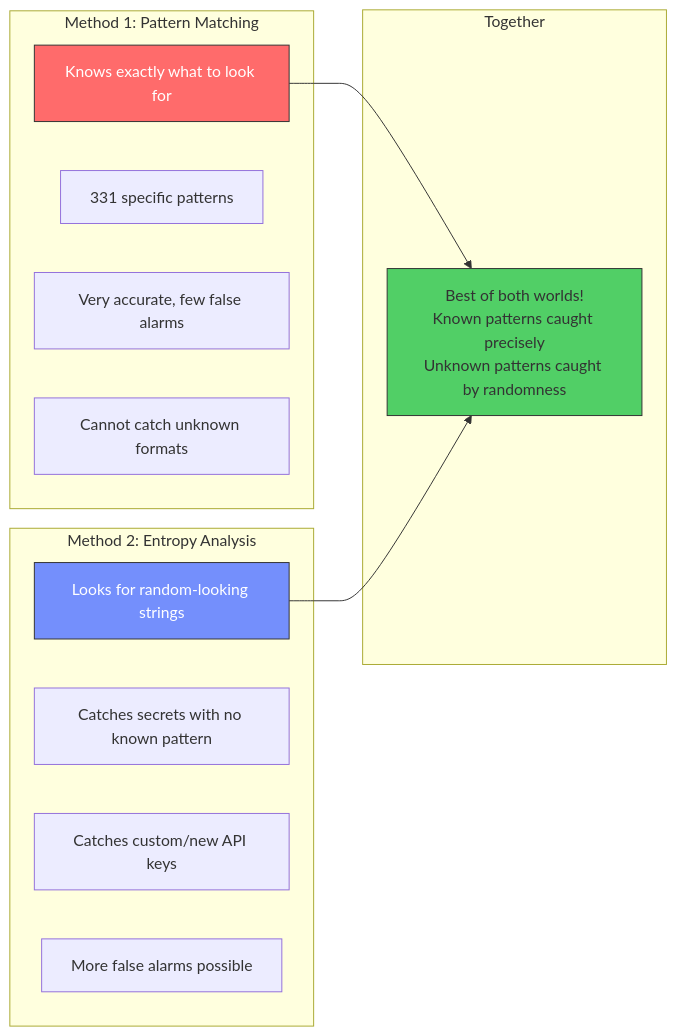
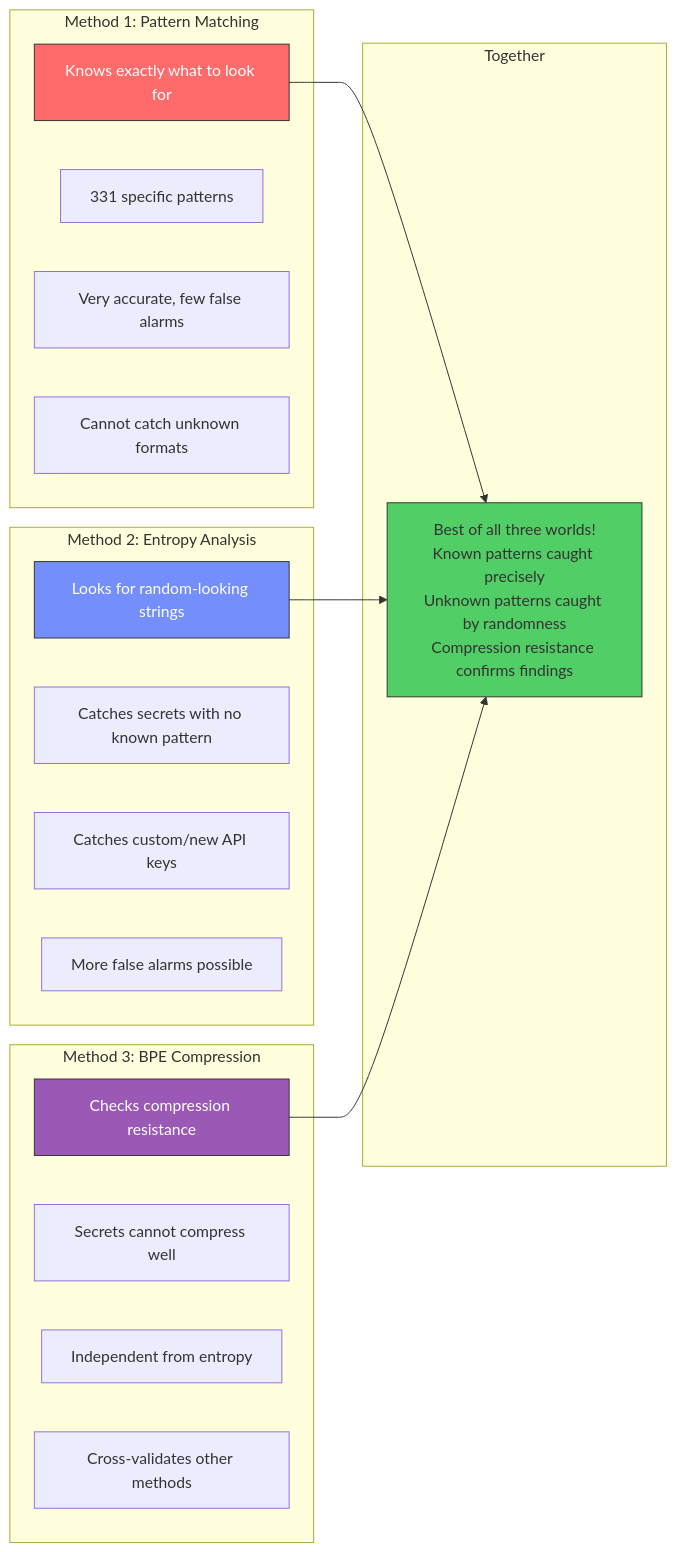
One commit to svemulapati/CredVigil changed diagram 11 of 30 in docs/training/00-System-Design-Simplified.md. Above: the diagram before and after it, drawn with Mermaid. The commit also changed other lines of this file and 8 other files, not shown here.

````diff
--- a/docs/training/00-System-Design-Simplified.md
+++ b/docs/training/00-System-Design-Simplified.md
@@ -490,27 +493,36 @@
 ```mermaid
 graph LR
     subgraph "Method 1: Pattern Matching"
         R1["Knows exactly what to look for"]
         R2["331 specific patterns"]
         R3["Very accurate, few false alarms"]
         R4["Cannot catch unknown formats"]
     end
 
     subgraph "Method 2: Entropy Analysis"
         E1["Looks for random-looking strings"]
         E2["Catches secrets with no known pattern"]
         E3["Catches custom/new API keys"]
         E4["More false alarms possible"]
     end
 
+    subgraph "Method 3: BPE Compression"
+        B1["Checks compression resistance"]
+        B2["Secrets cannot compress well"]
+        B3["Independent from entropy"]
+        B4["Cross-validates other methods"]
+    end
+
     subgraph "Together"
-        T["Best of both worlds!<br/>Known patterns caught precisely<br/>Unknown patterns caught by randomness"]
+        T["Best of all three worlds!<br/>Known patterns caught precisely<br/>Unknown patterns caught by randomness<br/>Compression resistance confirms findings"]
     end
 
     R1 --> T
     E1 --> T
+    B1 --> T
 
     style R1 fill:#ff6b6b,stroke:#333,color:#fff
     style E1 fill:#748ffc,stroke:#333,color:#fff
+    style B1 fill:#9b59b6,stroke:#333,color:#fff
     style T fill:#51cf66,stroke:#333
 ```
````
